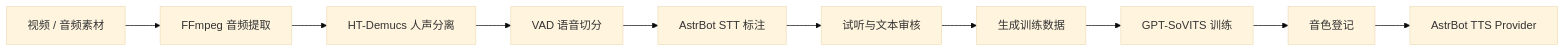
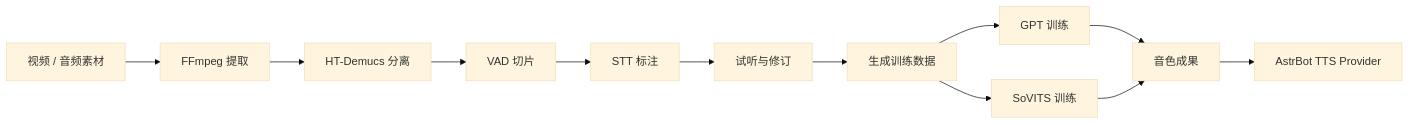
One commit to TKGEKKOU/astrbot_plugin_voice_clone_flow changed the second of 2 diagrams in README.md. Above: the diagram before and after it, drawn with Mermaid (base theme). The commit also changed other lines of this file, not shown here.

````diff
--- a/README.md
+++ b/README.md
@@ -38,12 +150,26 @@
 ```mermaid
 flowchart LR
-    A["视频 / 音频素材"] --> B["FFmpeg 音频提取"]
-    B --> C["HT-Demucs 人声分离"]
-    C --> D["VAD 语音切分"]
-    D --> E["AstrBot STT 标注"]
-    E --> F["试听与文本审核"]
-    F --> G["生成训练数据"]
-    G --> H["GPT-SoVITS 训练"]
-    H --> I["音色登记"]
-    I --> J["AstrBot TTS Provider"]
+    Source["视频 / 音频素材"]
+    Extract["FFmpeg 提取"]
+    Separate["HT-Demucs 分离"]
+    Segment["VAD 切片"]
+    Transcribe["STT 标注"]
+    Review["试听与修订"]
+    Export["生成训练数据"]
+    TrainGPT["GPT 训练"]
+    TrainSoVITS["SoVITS 训练"]
+    Voice["音色成果"]
+    Provider["AstrBot TTS Provider"]
+
+    Source --> Extract
+    Extract --> Separate
+    Separate --> Segment
+    Segment --> Transcribe
+    Transcribe --> Review
+    Review --> Export
+    Export --> TrainGPT
+    Export --> TrainSoVITS
+    TrainGPT --> Voice
+    TrainSoVITS --> Voice
+    Voice --> Provider
 ```
````
